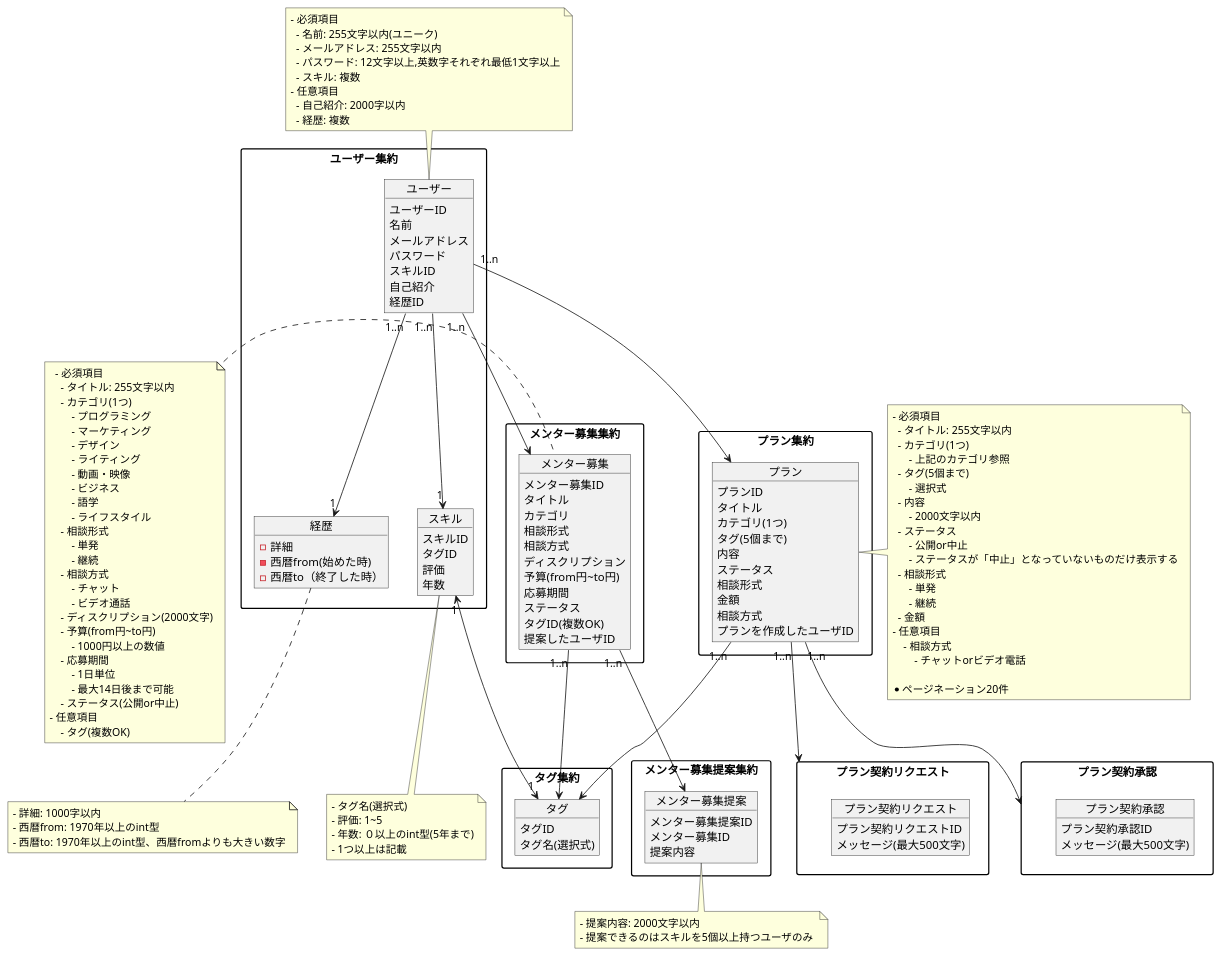
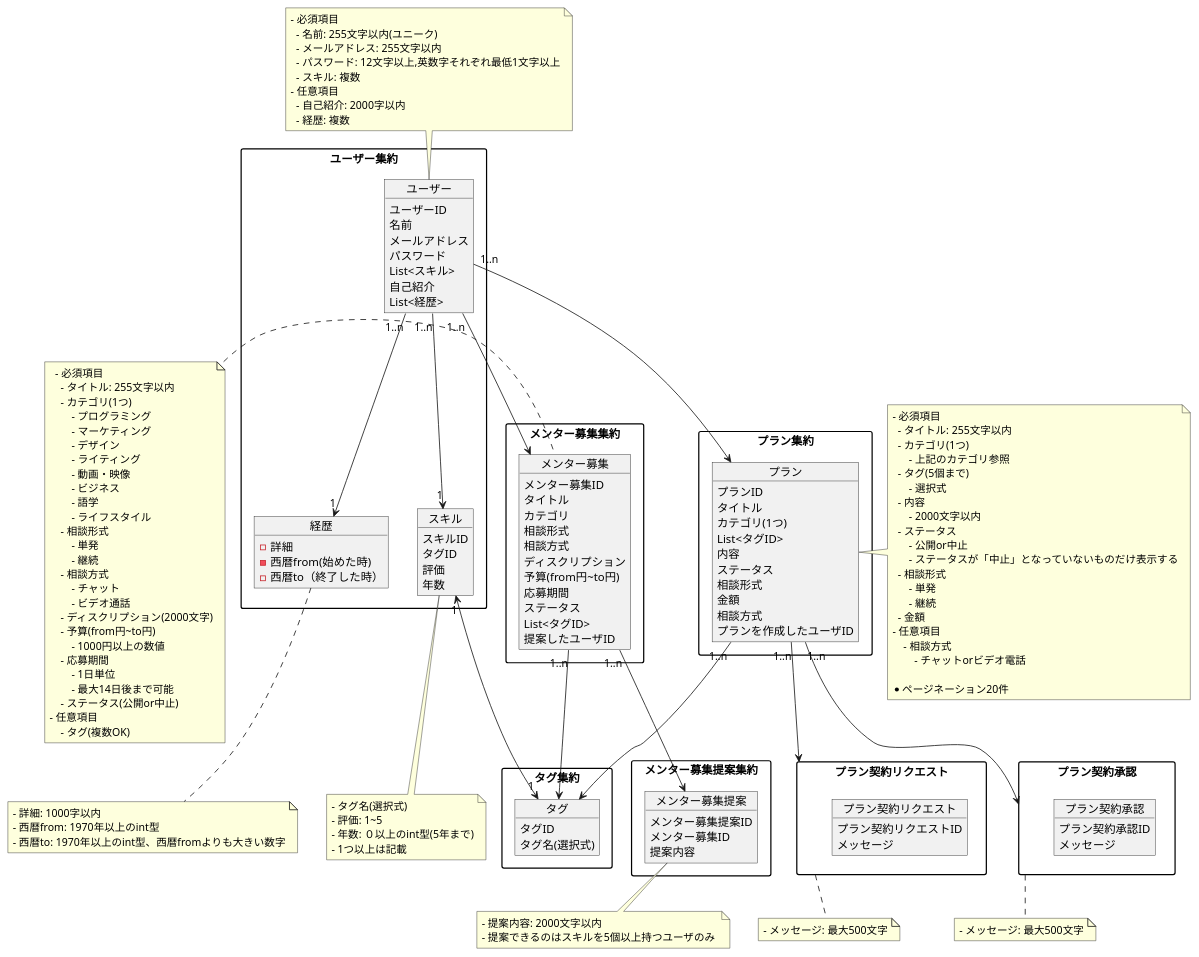
The diagram in mentor.pu (JAMChannel/docker-mysql-go-study), drawn with PlantUML before and after one commit.

Commit message:
fix_集約、コメントの再修正

```diff
--- a/mentor.pu
+++ b/mentor.pu
@@ -7,9 +7,9 @@
     名前
     メールアドレス
     パスワード
-    スキルID
+    List<スキル>
     自己紹介
-    経歴ID
+    List<経歴>
 
   }
 
@@ -75,7 +75,7 @@
     予算(from円~to円)
     応募期間
     ステータス
-    タグID(複数OK)
+    List<タグID>
     提案したユーザID
   }
 
@@ -132,7 +132,7 @@
     プランID
     タイトル
     カテゴリ(1つ)
-    タグ(5個まで)
+    List<タグID>
     内容
     ステータス
     相談形式
@@ -145,20 +145,30 @@
 
 }
 
+
+
 package プラン契約リクエスト{
   object プラン契約リクエスト {
     プラン契約リクエストID
-    メッセージ(最大500文字)
+    メッセージ
   }
 }
+
+note bottom of プラン契約リクエスト
+  - メッセージ: 最大500文字
+end note
 
 package プラン契約承認 {
   object プラン契約承認 {
     プラン契約承認ID
-    メッセージ(最大500文字)
+    メッセージ
   }
 
 }
+
+note bottom of プラン契約承認
+  - メッセージ: 最大500文字
+end note
 
 note right of プラン
   - 必須項目
```
